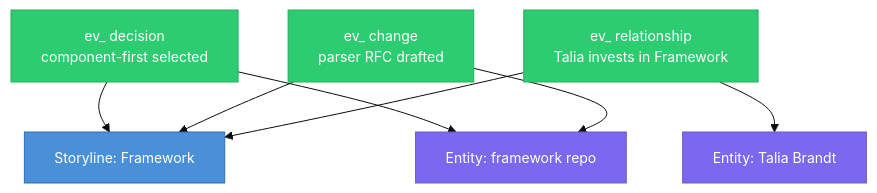
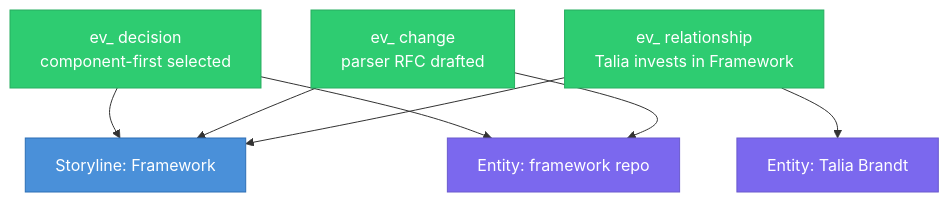
One commit to alex-oleshkevich/dailydrift changed the third of 3 diagrams in specs/evidence.md. Above: the diagram before and after it, drawn with Mermaid. The commit also changed other lines of this file and 44 other files, not shown here.

````diff
--- a/specs/evidence.md
+++ b/specs/evidence.md
@@ -147,22 +160,21 @@
 ```mermaid
-%%{init: {'theme': 'base', 'themeVariables': {'fontSize': '14px'}}}%%
 flowchart TB
     classDef fact fill:#2ECC71,stroke:#27AE60,color:#fff
     classDef continuity fill:#4A90D9,stroke:#2C6FB5,color:#fff
     classDef entity fill:#7B68EE,stroke:#6A5ACD,color:#fff
 
     STORY["Storyline: Framework"]:::continuity
     ENT_T["Entity: Talia Brandt"]:::entity
     ENT_R["Entity: framework repo"]:::entity
 
-    EV1["ev_ decision\ncomponent-first selected"]:::fact
-    EV2["ev_ relationship\nTalia invests in Framework"]:::fact
-    EV3["ev_ change\nparser RFC drafted"]:::fact
+    EV1["ev_ decision<br/>component-first selected"]:::fact
+    EV2["ev_ relationship<br/>Talia invests in Framework"]:::fact
+    EV3["ev_ change<br/>parser RFC drafted"]:::fact
 
     EV1 --> STORY
     EV3 --> STORY
     EV2 --> STORY
     EV1 --> ENT_R
     EV3 --> ENT_R
     EV2 --> ENT_T
 ```
````
